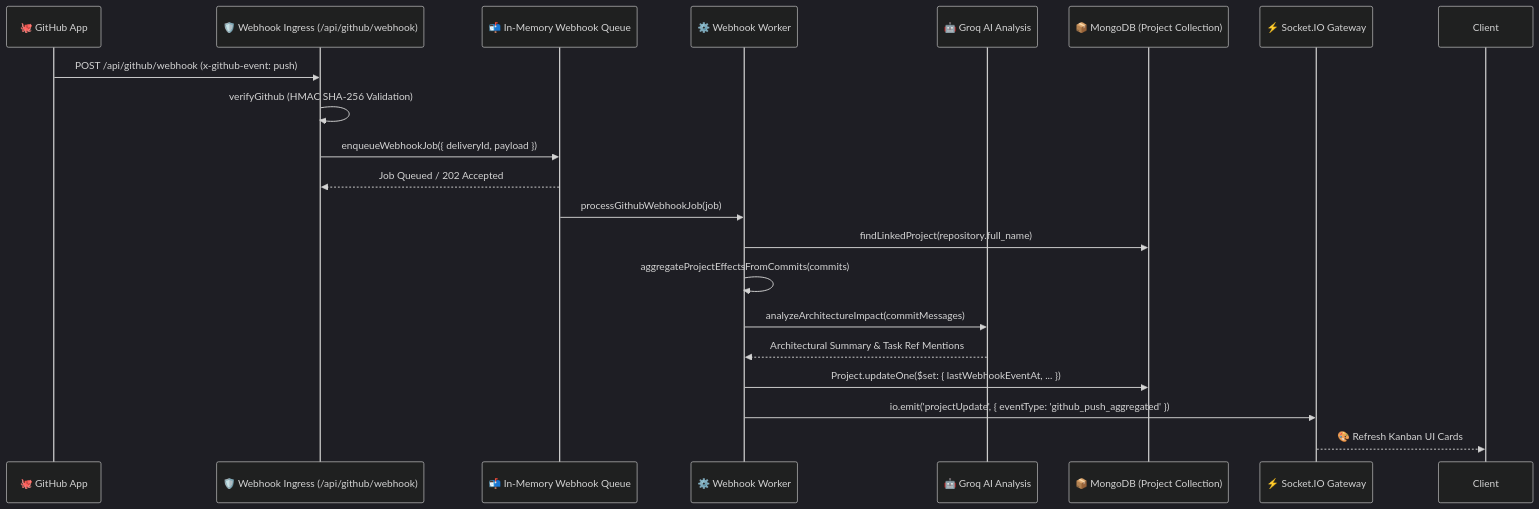
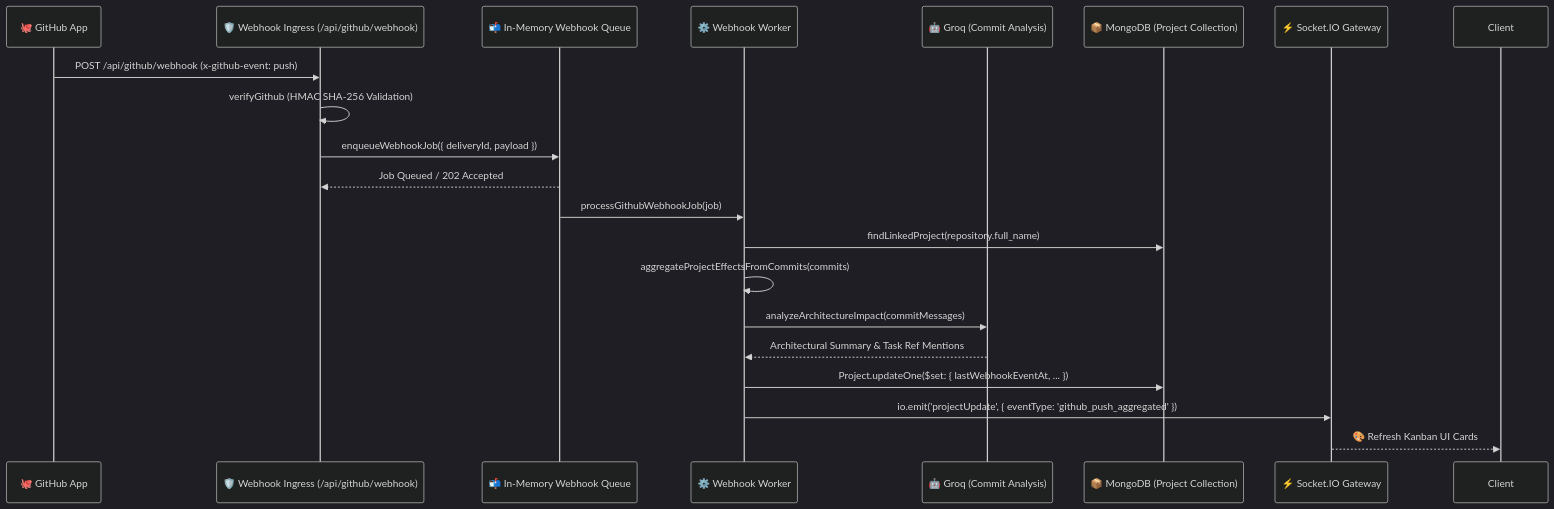
One commit to ChitkulLakshya/Zync changed the diagram in docs/architecture/kanban_github_sync.md. Above: the diagram before and after it, drawn with Mermaid (dark theme). The commit also changed other lines of this file and 11 other files, not shown here.

````diff
--- a/docs/architecture/kanban_github_sync.md
+++ b/docs/architecture/kanban_github_sync.md
@@ -11,25 +11,25 @@
 ```mermaid
 sequenceDiagram
     participant GitHub as 🐙 GitHub App
     participant Route as 🛡️ Webhook Ingress (/api/github/webhook)
     participant Queue as 📬 In-Memory Webhook Queue
     participant Worker as ⚙️ Webhook Worker
-    participant Groq as 🤖 Groq AI Analysis
+    participant Groq as 🤖 Groq (Commit Analysis)
     participant Mongo as 📦 MongoDB (Project Collection)
     participant WS as ⚡ Socket.IO Gateway
 
     GitHub->>Route: POST /api/github/webhook (x-github-event: push)
     Route->>Route: verifyGithub (HMAC SHA-256 Validation)
     Route->>Queue: enqueueWebhookJob({ deliveryId, payload })
     Queue-->>Route: Job Queued / 202 Accepted
     
     Queue->>Worker: processGithubWebhookJob(job)
     Worker->>Mongo: findLinkedProject(repository.full_name)
     Worker->>Worker: aggregateProjectEffectsFromCommits(commits)
     Worker->>Groq: analyzeArchitectureImpact(commitMessages)
     Groq-->>Worker: Architectural Summary & Task Ref Mentions
     
     Worker->>Mongo: Project.updateOne($set: { lastWebhookEventAt, ... })
     Worker->>WS: io.emit('projectUpdate', { eventType: 'github_push_aggregated' })
     WS-->>Client: 🎨 Refresh Kanban UI Cards
 ```
````
